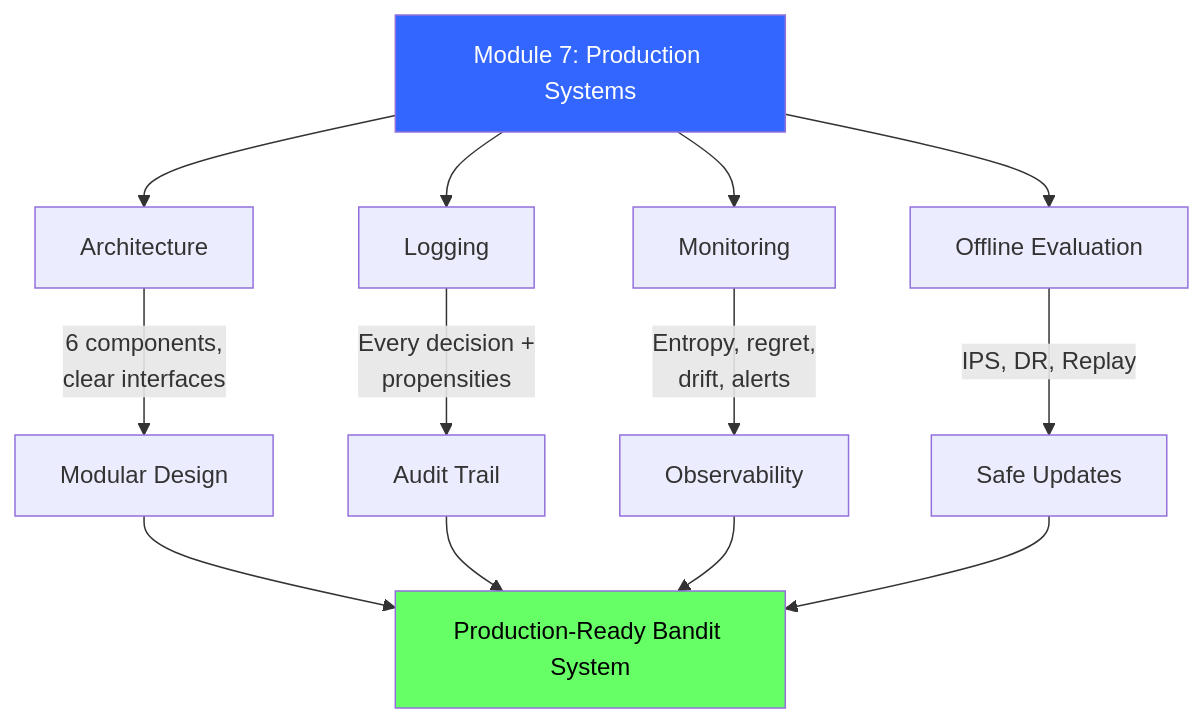
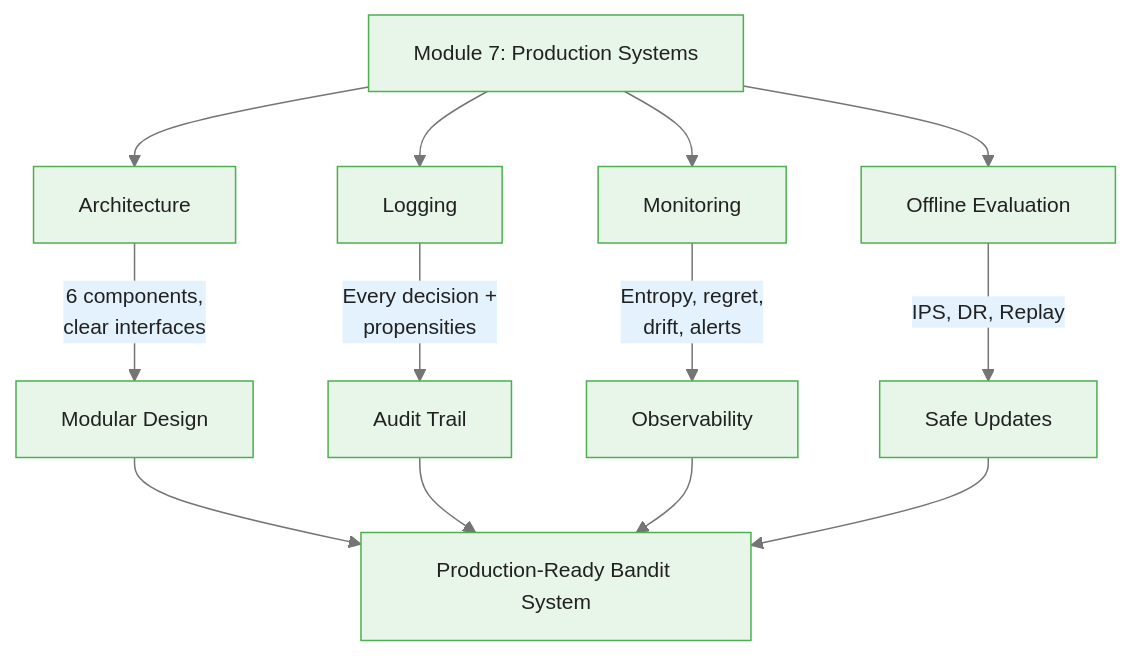
Before and after one commit to m-deane/course-creator: the fourth of 4 diagrams in courses/multi-armed-bandits-ab-testing/modules/module_07_production_systems/guides/cheatsheet_slides.md, drawn with Mermaid. The commit also changed other lines of this file and 146 other files, not shown here.

````diff
--- a/courses/multi-armed-bandits-ab-testing/modules/module_07_production_systems/guides/cheatsheet_slides.md
+++ b/courses/multi-armed-bandits-ab-testing/modules/module_07_production_systems/guides/cheatsheet_slides.md
@@ -267,17 +299,15 @@
 ```mermaid
+%%{init: {"theme": "base", "themeVariables": {"primaryColor": "#e8f5e9", "primaryBorderColor": "#4caf50", "primaryTextColor": "#212121", "secondaryColor": "#e3f2fd", "tertiaryColor": "#fff8e1", "lineColor": "#757575", "fontFamily": "Inter, sans-serif", "fontSize": "14px"}}}%%
 flowchart TD
     M7["Module 7: Production Systems"] --> Arch["Architecture"]
     M7 --> Log["Logging"]
     M7 --> Mon["Monitoring"]
     M7 --> Eval["Offline Evaluation"]
 
     Arch --> |"6 components,<br/>clear interfaces"| Modular["Modular Design"]
     Log --> |"Every decision +<br/>propensities"| Audit["Audit Trail"]
     Mon --> |"Entropy, regret,<br/>drift, alerts"| Observe["Observability"]
     Eval --> |"IPS, DR, Replay"| Safe["Safe Updates"]
 
     Modular & Audit & Observe & Safe --> Deploy["Production-Ready Bandit System"]
-
-    style M7 fill:#36f,color:#fff
-    style Deploy fill:#6f6,color:#000
 ```
````
